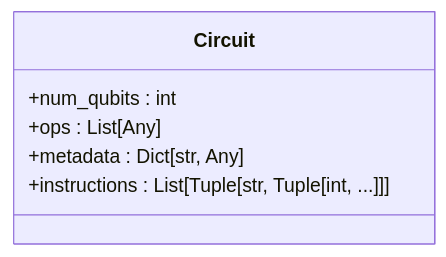
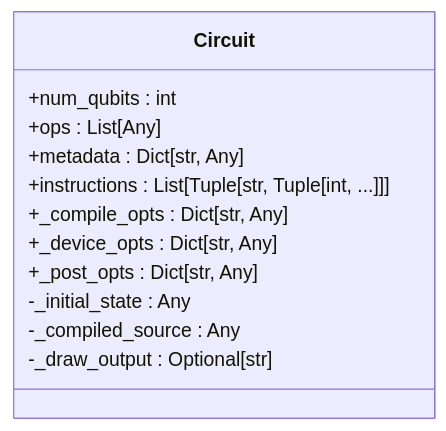
The second of 4 diagrams in .qoder/repowiki/zh/content/核心概念/核心数据类型.md (QureGenAI-Biotech/TyxonQ), drawn with Mermaid before and after one commit. The commit also changed other lines of this file and 9 other files, not shown here.

````diff
--- a/.qoder/repowiki/zh/content/核心概念/核心数据类型.md
+++ b/.qoder/repowiki/zh/content/核心概念/核心数据类型.md
@@ -50,9 +72,15 @@
 ```mermaid
 classDiagram
 class Circuit {
 +num_qubits : int
 +ops : List[Any]
 +metadata : Dict[str, Any]
 +instructions : List[Tuple[str, Tuple[int, ...]]]
++_compile_opts : Dict[str, Any]
++_device_opts : Dict[str, Any]
++_post_opts : Dict[str, Any]
+-_initial_state : Any
+-_compiled_source : Any
+-_draw_output : Optional[str]
 }
 ```
````
